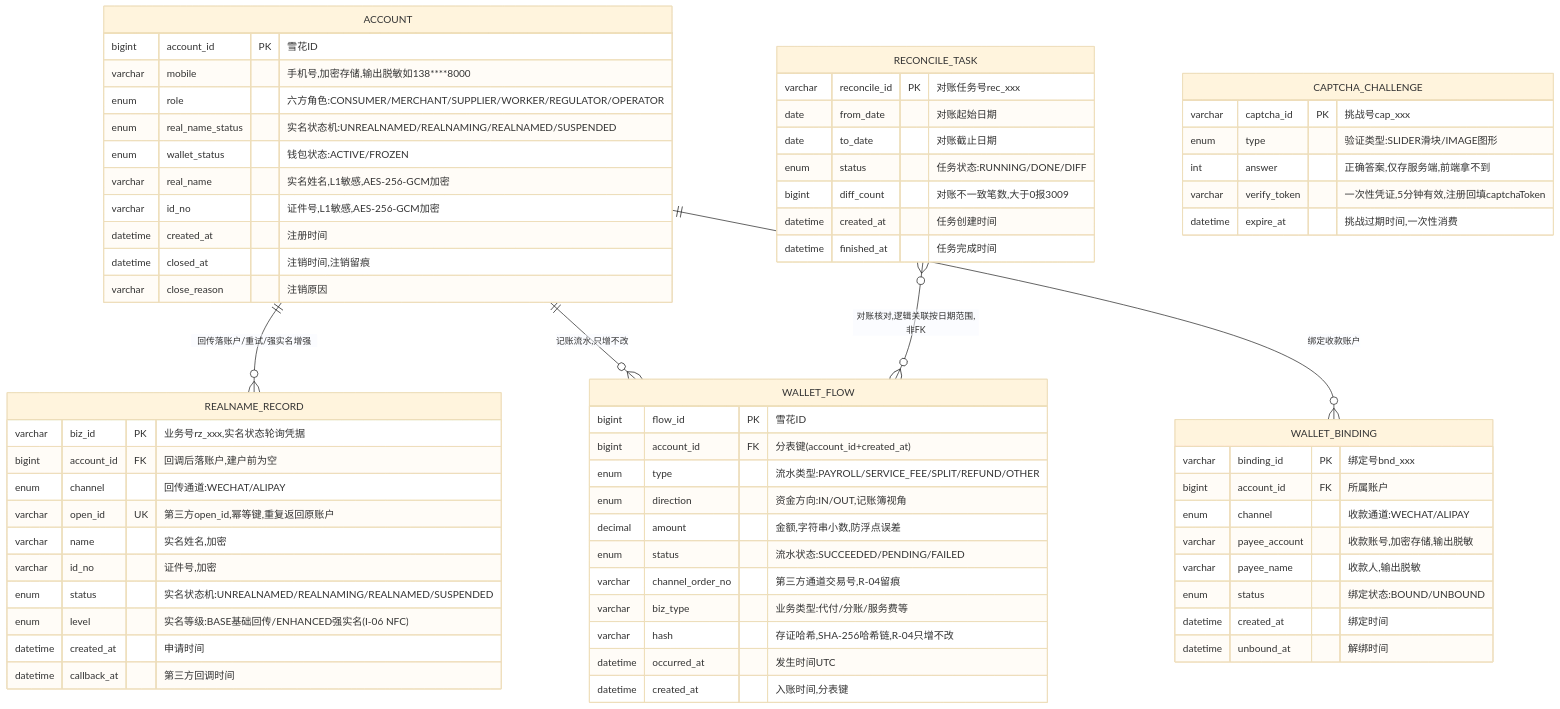
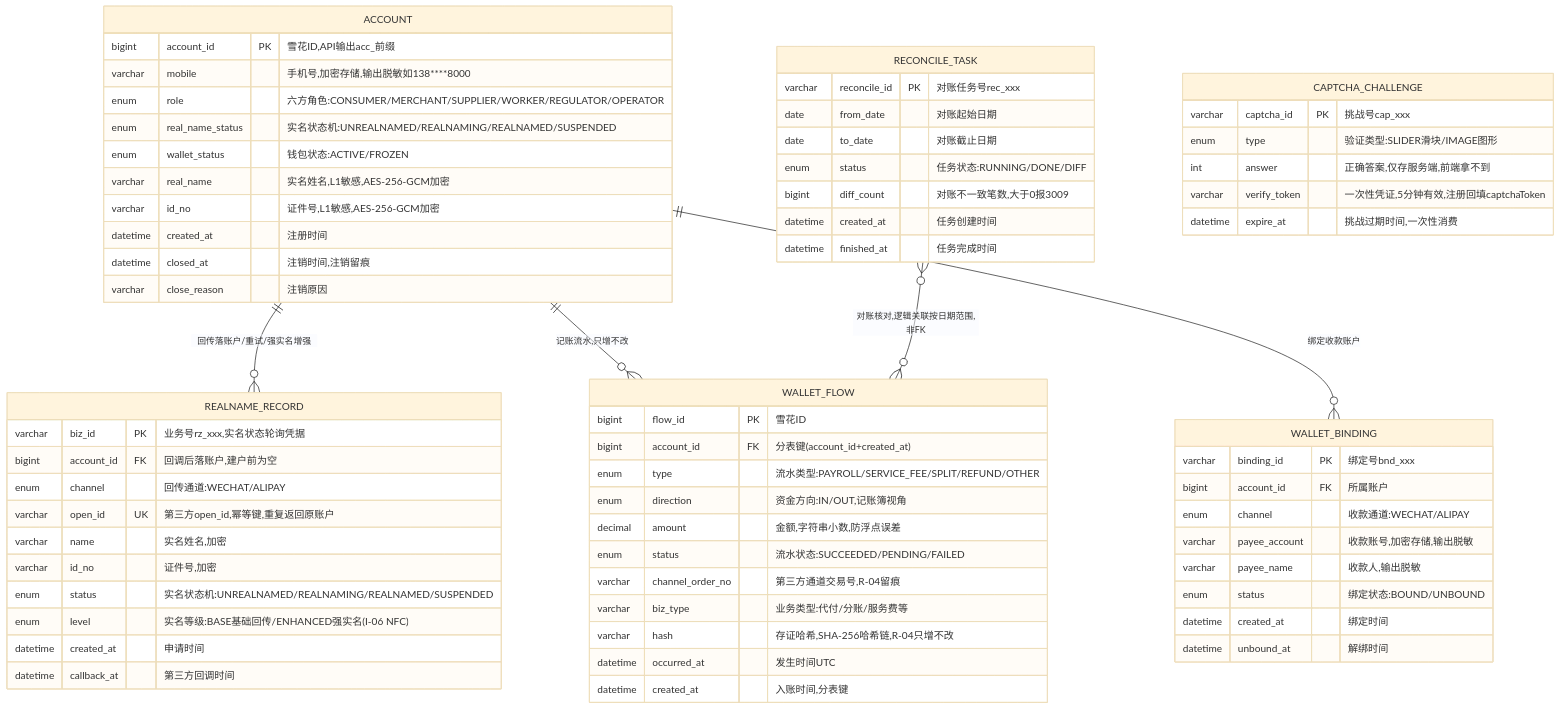
One commit to jzywm/Livelihood-Platform changed the diagram in services/acc/docs/er.md. Above: the diagram before and after it, drawn with Mermaid (base theme). The commit also changed other lines of this file and 3 other files, not shown here.

````diff
--- a/services/acc/docs/er.md
+++ b/services/acc/docs/er.md
@@ -9,81 +11,81 @@
 ```mermaid
 erDiagram
     %% ACC 账户服务 ER 图 · 实名身份底座 + 纯记账簿（I-01 / I-06 / G-01）
 
     ACCOUNT {
-        bigint account_id PK "雪花ID"
+        bigint account_id PK "雪花ID,API输出acc_前缀"
         varchar mobile "手机号,加密存储,输出脱敏如138****8000"
         enum role "六方角色:CONSUMER/MERCHANT/SUPPLIER/WORKER/REGULATOR/OPERATOR"
         enum real_name_status "实名状态机:UNREALNAMED/REALNAMING/REALNAMED/SUSPENDED"
         enum wallet_status "钱包状态:ACTIVE/FROZEN"
         varchar real_name "实名姓名,L1敏感,AES-256-GCM加密"
         varchar id_no "证件号,L1敏感,AES-256-GCM加密"
         datetime created_at "注册时间"
         datetime closed_at "注销时间,注销留痕"
         varchar close_reason "注销原因"
     }
 
     REALNAME_RECORD {
         varchar biz_id PK "业务号rz_xxx,实名状态轮询凭据"
         bigint account_id FK "回调后落账户,建户前为空"
         enum channel "回传通道:WECHAT/ALIPAY"
         varchar open_id UK "第三方open_id,幂等键,重复返回原账户"
         varchar name "实名姓名,加密"
         varchar id_no "证件号,加密"
         enum status "实名状态机:UNREALNAMED/REALNAMING/REALNAMED/SUSPENDED"
         enum level "实名等级:BASE基础回传/ENHANCED强实名(I-06 NFC)"
         datetime created_at "申请时间"
         datetime callback_at "第三方回调时间"
     }
 
     WALLET_FLOW {
         bigint flow_id PK "雪花ID"
         bigint account_id FK "分表键(account_id+created_at)"
         enum type "流水类型:PAYROLL/SERVICE_FEE/SPLIT/REFUND/OTHER"
         enum direction "资金方向:IN/OUT,记账簿视角"
         decimal amount "金额,字符串小数,防浮点误差"
         enum status "流水状态:SUCCEEDED/PENDING/FAILED"
         varchar channel_order_no "第三方通道交易号,R-04留痕"
         varchar biz_type "业务类型:代付/分账/服务费等"
         varchar hash "存证哈希,SHA-256哈希链,R-04只增不改"
         datetime occurred_at "发生时间UTC"
         datetime created_at "入账时间,分表键"
     }
 
     WALLET_BINDING {
         varchar binding_id PK "绑定号bnd_xxx"
         bigint account_id FK "所属账户"
         enum channel "收款通道:WECHAT/ALIPAY"
         varchar payee_account "收款账号,加密存储,输出脱敏"
         varchar payee_name "收款人,输出脱敏"
         enum status "绑定状态:BOUND/UNBOUND"
         datetime created_at "绑定时间"
         datetime unbound_at "解绑时间"
     }
 
     RECONCILE_TASK {
         varchar reconcile_id PK "对账任务号rec_xxx"
         date from_date "对账起始日期"
         date to_date "对账截止日期"
         enum status "任务状态:RUNNING/DONE/DIFF"
         bigint diff_count "对账不一致笔数,大于0报3009"
         datetime created_at "任务创建时间"
         datetime finished_at "任务完成时间"
     }
 
     CAPTCHA_CHALLENGE {
         varchar captcha_id PK "挑战号cap_xxx"
         enum type "验证类型:SLIDER滑块/IMAGE图形"
         int answer "正确答案,仅存服务端,前端拿不到"
         varchar verify_token "一次性凭证,5分钟有效,注册回填captchaToken"
         datetime expire_at "挑战过期时间,一次性消费"
     }
 
     ACCOUNT ||--o{ REALNAME_RECORD : "回传落账户/重试/强实名增强"
     ACCOUNT ||--o{ WALLET_FLOW : "记账流水,只增不改"
     ACCOUNT ||--o{ WALLET_BINDING : "绑定收款账户"
     RECONCILE_TASK }o--o{ WALLET_FLOW : "对账核对,逻辑关联按日期范围,非FK"
 
     %% CAPTCHA_CHALLENGE 存 Redis（内存态兜底），一次性消费，不入 MySQL；
     %% 经 verify_token 与注册/登录流程逻辑关联，防机器人与登录爆破限速一体化。
 ```
````
